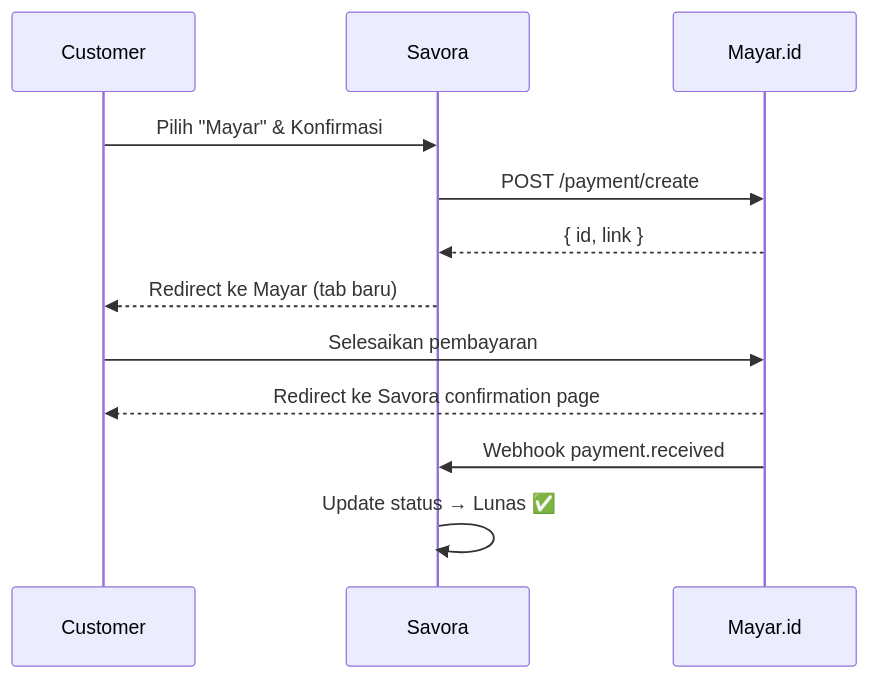
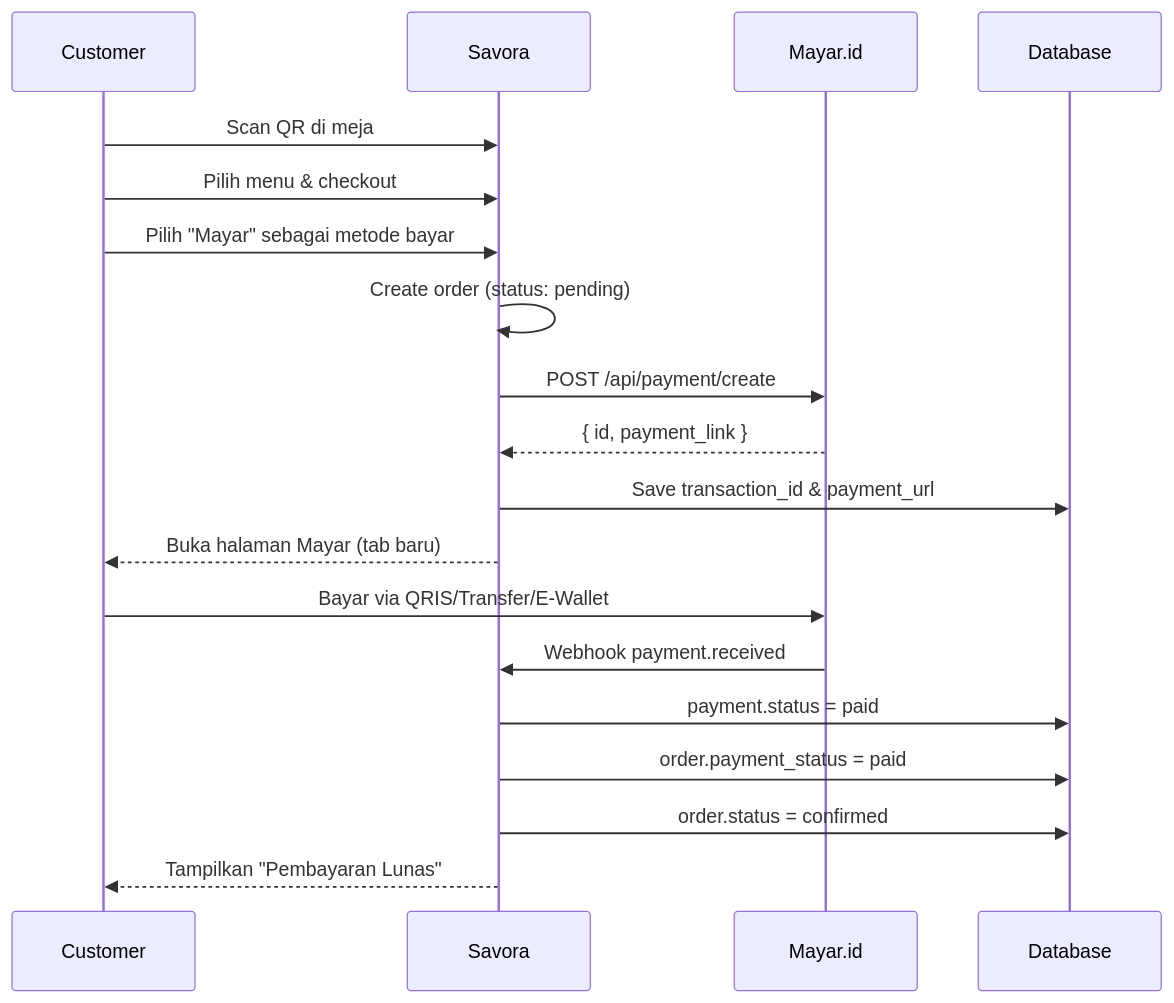
Before and after one commit to mocharil/savora: the eighth of 9 diagrams in README.md, drawn with Mermaid. The commit also changed other lines of this file and 3 other files, not shown here.

Commit message:
feat: POS Mayar.id payment integration and comprehensive README update

````diff
--- a/README.md
+++ b/README.md
@@ -638,15 +499,22 @@
 ```mermaid
 sequenceDiagram
     participant C as Customer
     participant S as Savora
     participant M as Mayar.id
+    participant DB as Database
 
-    C->>S: Pilih "Mayar" & Konfirmasi
-    S->>M: POST /payment/create
-    M-->>S: { id, link }
-    S-->>C: Redirect ke Mayar (tab baru)
-    C->>M: Selesaikan pembayaran
-    M-->>C: Redirect ke Savora confirmation page
+    C->>S: Scan QR di meja
+    C->>S: Pilih menu & checkout
+    C->>S: Pilih "Mayar" sebagai metode bayar
+    S->>S: Create order (status: pending)
+    S->>M: POST /api/payment/create
+    M-->>S: { id, payment_link }
+    S->>DB: Save transaction_id & payment_url
+    S-->>C: Buka halaman Mayar (tab baru)
+    C->>M: Bayar via QRIS/Transfer/E-Wallet
     M->>S: Webhook payment.received
-    S->>S: Update status → Lunas ✅
+    S->>DB: payment.status = paid
+    S->>DB: order.payment_status = paid
+    S->>DB: order.status = confirmed
+    S-->>C: Tampilkan "Pembayaran Lunas"
 ```
````
